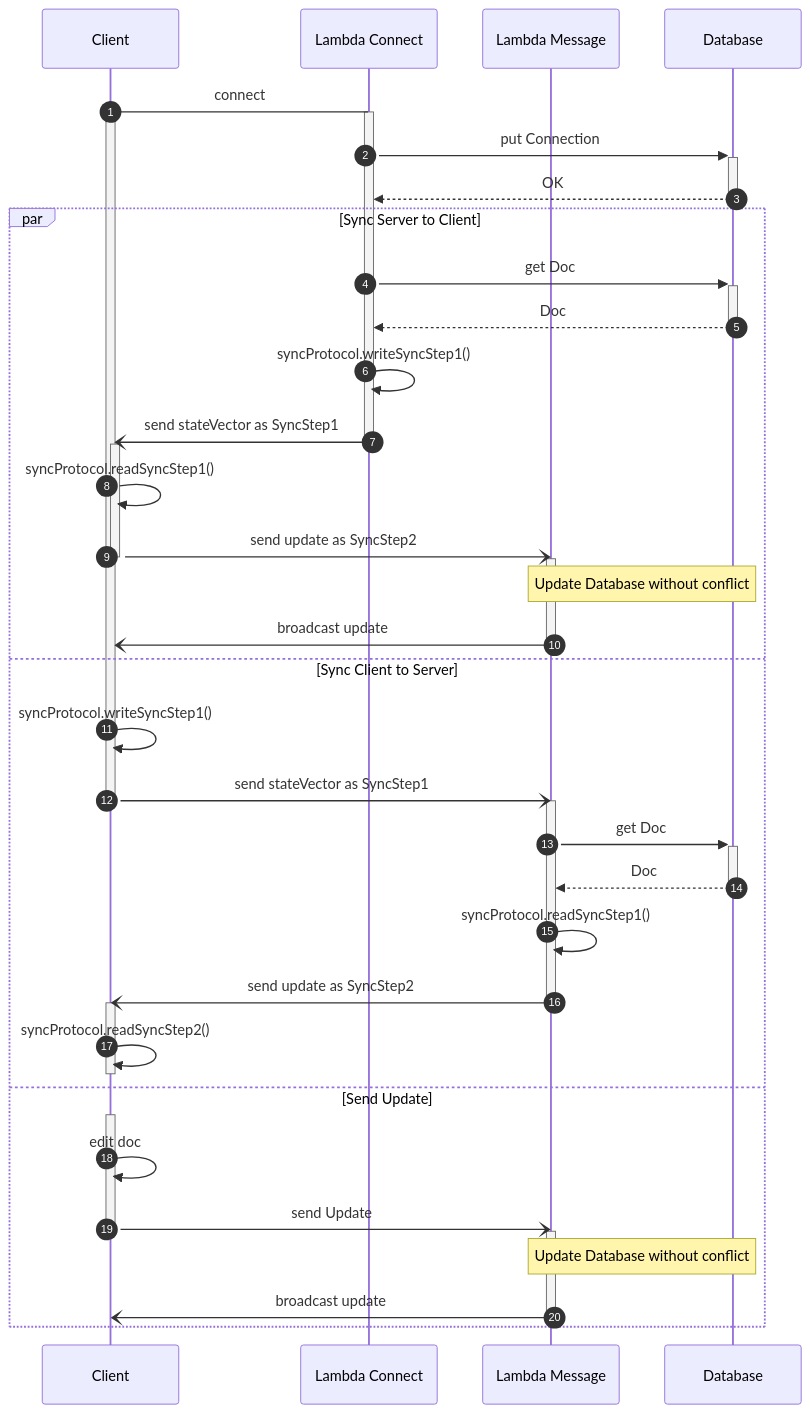
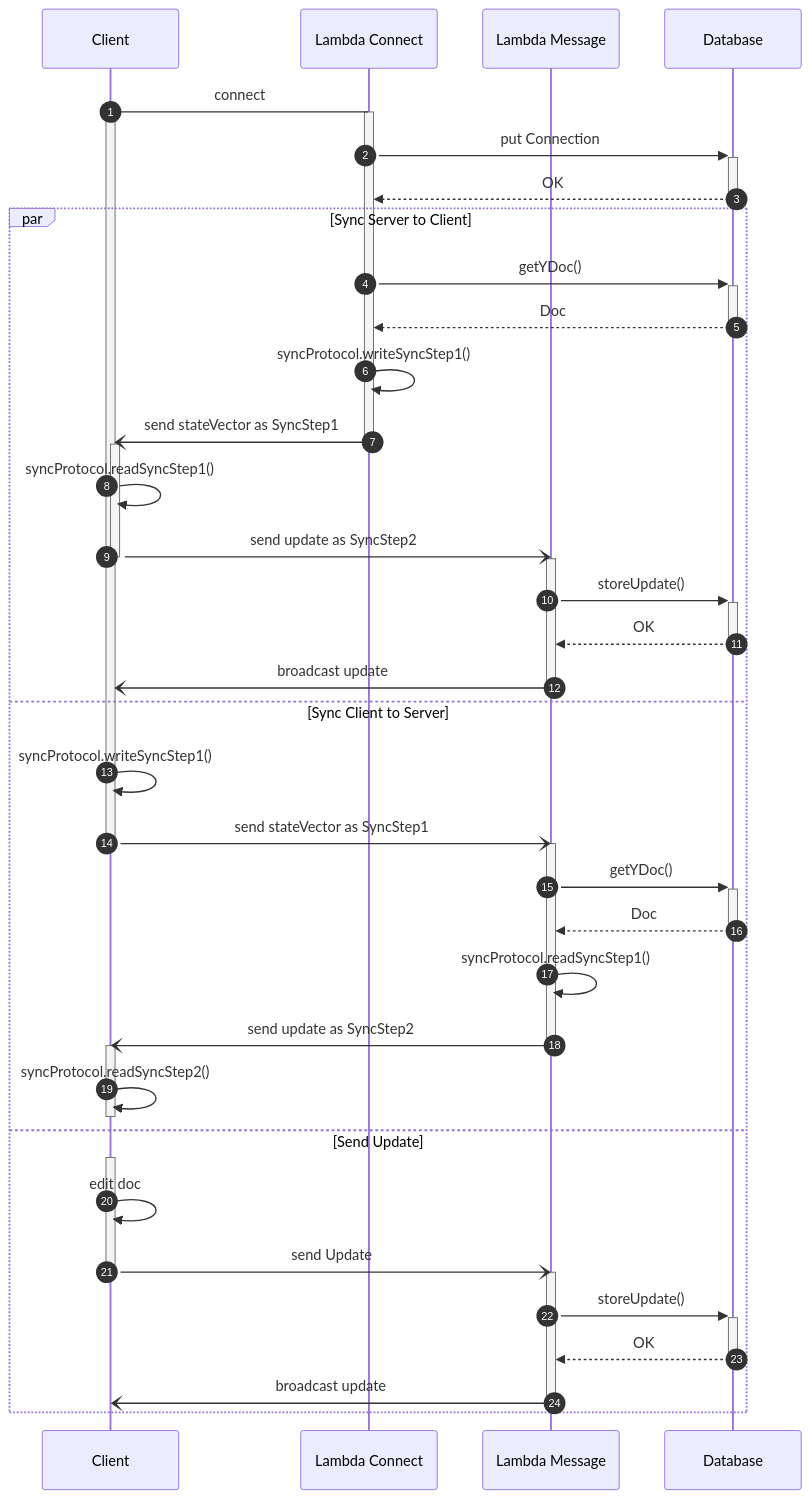
One commit to yamatatsu/yjs-lab changed the diagram in packages/y-aws-cdk-draft/docs/sequences.md. Above: the diagram before and after it, drawn with Mermaid. The commit also changed other lines of this file, not shown here.

Commit message:
doc(y-aws-cdk-draft): update sequence

````diff
--- a/packages/y-aws-cdk-draft/docs/sequences.md
+++ b/packages/y-aws-cdk-draft/docs/sequences.md
@@ -3,55 +3,57 @@
 ```mermaid
 sequenceDiagram
   participant C as Client
   participant LC as Lambda Connect
   participant LM as Lambda Message
   participant D as Database
 
   autonumber
 
   C -> LC: connect
   activate LC
   activate C
   LC ->> +D: put Connection
   D -->> -LC: OK
 
   par Sync Server to Client
-    LC ->> +D: get Doc
+    LC ->> +D: getYDoc()
     D -->> -LC: Doc
     LC ->> LC: syncProtocol.writeSyncStep1()
     LC -) C: send stateVector as SyncStep1
     deactivate LC
     activate C
     C ->> C: syncProtocol.readSyncStep1()
     C -) LM: send update as SyncStep2
     deactivate C
     activate LM
-    Note over LM,D: Update Database without conflict
+    LM ->> +D: storeUpdate()
+    D -->> -LM: OK
     LM -) C: broadcast update
     deactivate LM
 
   and Sync Client to Server
     C ->> C: syncProtocol.writeSyncStep1()
     C -) LM: send stateVector as SyncStep1
     deactivate C
     activate LM
-    LM ->> +D: get Doc
+    LM ->> +D: getYDoc()
     D -->> -LM: Doc
     LM ->> LM: syncProtocol.readSyncStep1()
     LM -) C: send update as SyncStep2
     deactivate LM
     activate C
     C ->> C: syncProtocol.readSyncStep2()
     deactivate C
 
   and Send Update
     activate C
     C ->> C: edit doc
     C -) LM: send Update
     deactivate C
     activate LM
-    Note over LM,D: Update Database without conflict
+    LM ->> +D: storeUpdate()
+    D -->> -LM: OK
     LM -) C: broadcast update
     deactivate LM
   end
 ```
````
